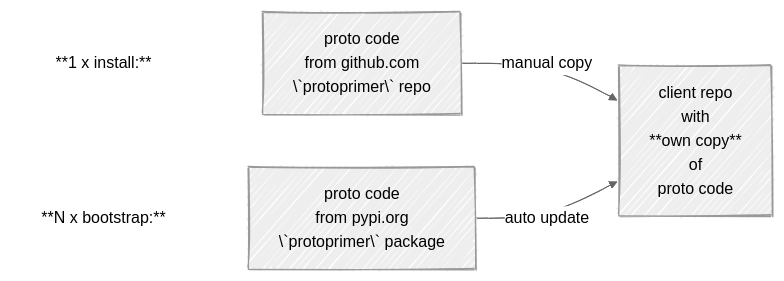
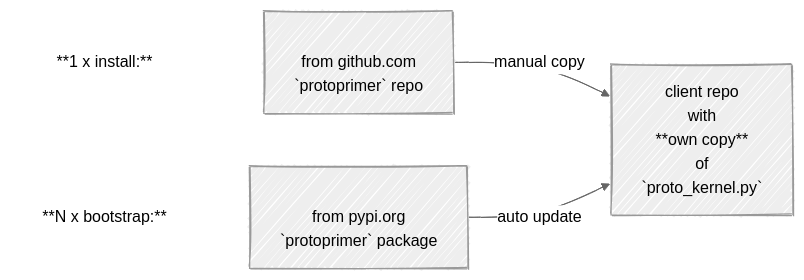
The diagram in readme.md (uvsmtid/protoprimer), drawn with Mermaid before and after one commit. The commit also changed other lines of this file and 33 other files, not shown here.

````diff
--- a/readme.md
+++ b/readme.md
@@ -265,25 +83,25 @@
 ```mermaid
 ---
 config:
   look: handDrawn
   theme: neutral
 ---
 graph LR;
 
     install_link["**1 x install:**"]
-    github_web["proto code<br>from github.com<br>\`protoprimer\` repo"]
+    github_web["<br>from github.com<br>`protoprimer` repo"]
 
     bootstrap_link["**N x bootstrap:**"];
-    pypi_web["proto code<br>from pypi.org<br>\`protoprimer\` package"]
+    pypi_web["<br>from pypi.org<br>`protoprimer` package"]
 
-    client_repo["client repo<br>with<br>**own copy**<br>of<br>proto code"];
+    client_repo["client repo<br>with<br>**own copy**<br>of<br>`proto_kernel.py`"];
 
     install_link ~~~ github_web;
     github_web --manual copy--> client_repo;
 
     bootstrap_link ~~~ pypi_web;
     pypi_web --auto update--> client_repo;
 
     style install_link fill:none,stroke:none;
     style bootstrap_link fill:none,stroke:none;
 ```
````
